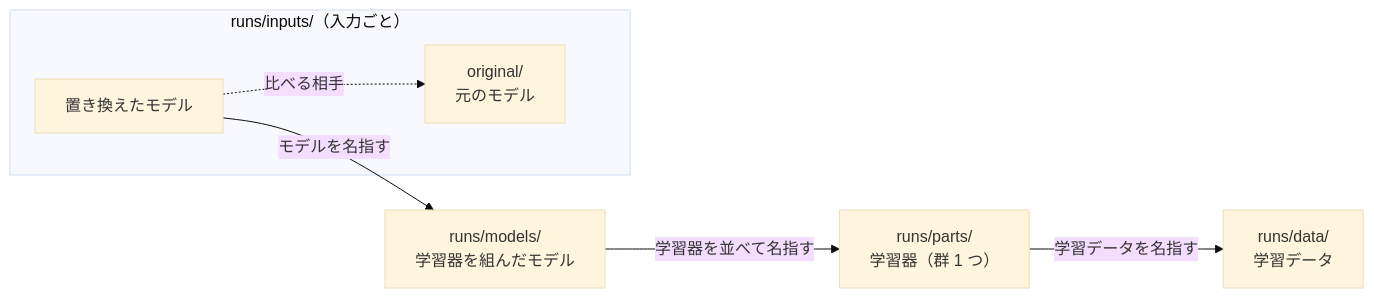
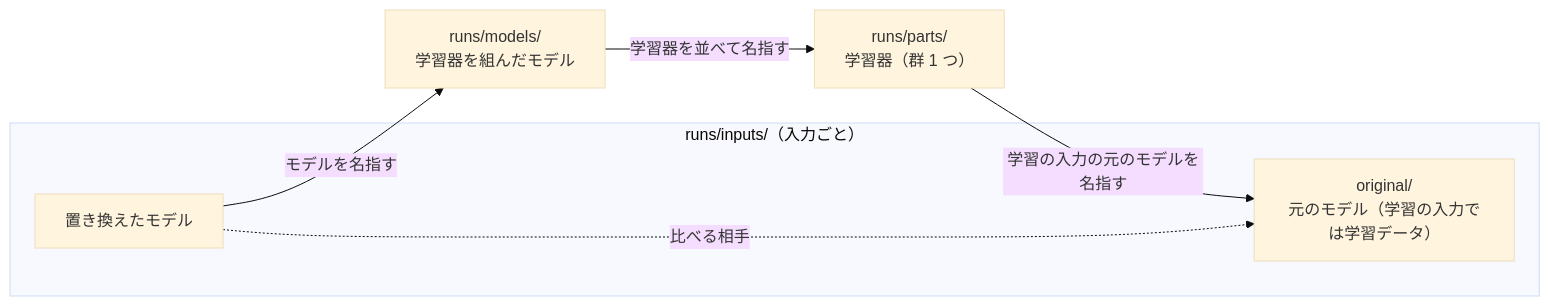
The third of 3 diagrams in README.md (MunechikaHaruki/SINDyNeuroSurrogate), drawn with Mermaid (base theme) before and after one commit. The commit also changed 321 other files, not shown here.

````diff
--- a/README.md
+++ b/README.md
@@ -93,14 +93,13 @@
 ```mermaid
 flowchart LR
-  data["runs/data/<br/>学習データ"]
   parts["runs/parts/<br/>学習器（群 1 つ）"]
   models["runs/models/<br/>学習器を組んだモデル"]
   subgraph inputs["runs/inputs/（入力ごと）"]
-    original["original/<br/>元のモデル"]
+    original["original/<br/>元のモデル（学習の入力では学習データ）"]
     replaced["置き換えたモデル"]
   end
-  parts -- "学習データを名指す" --> data
+  parts -- "学習の入力の元のモデルを名指す" --> original
   models -- "学習器を並べて名指す" --> parts
   replaced -- "モデルを名指す" --> models
   replaced -. "比べる相手" .-> original
 ```
````
